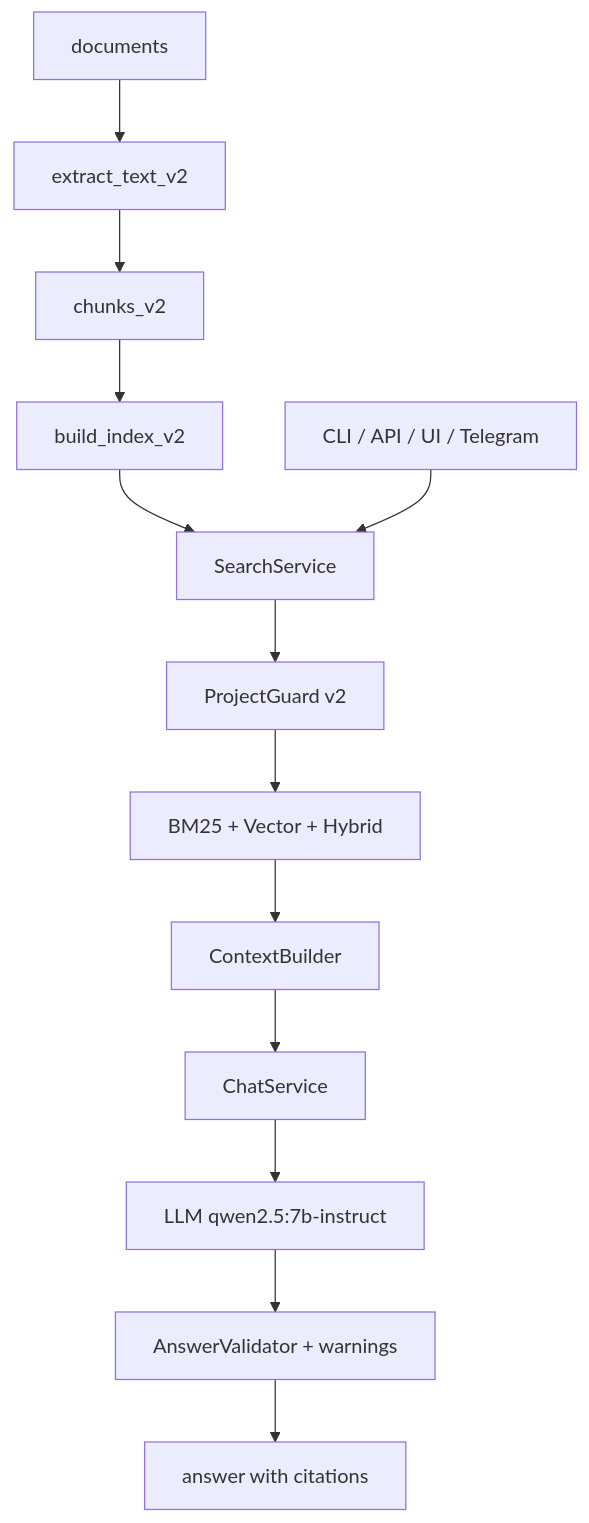
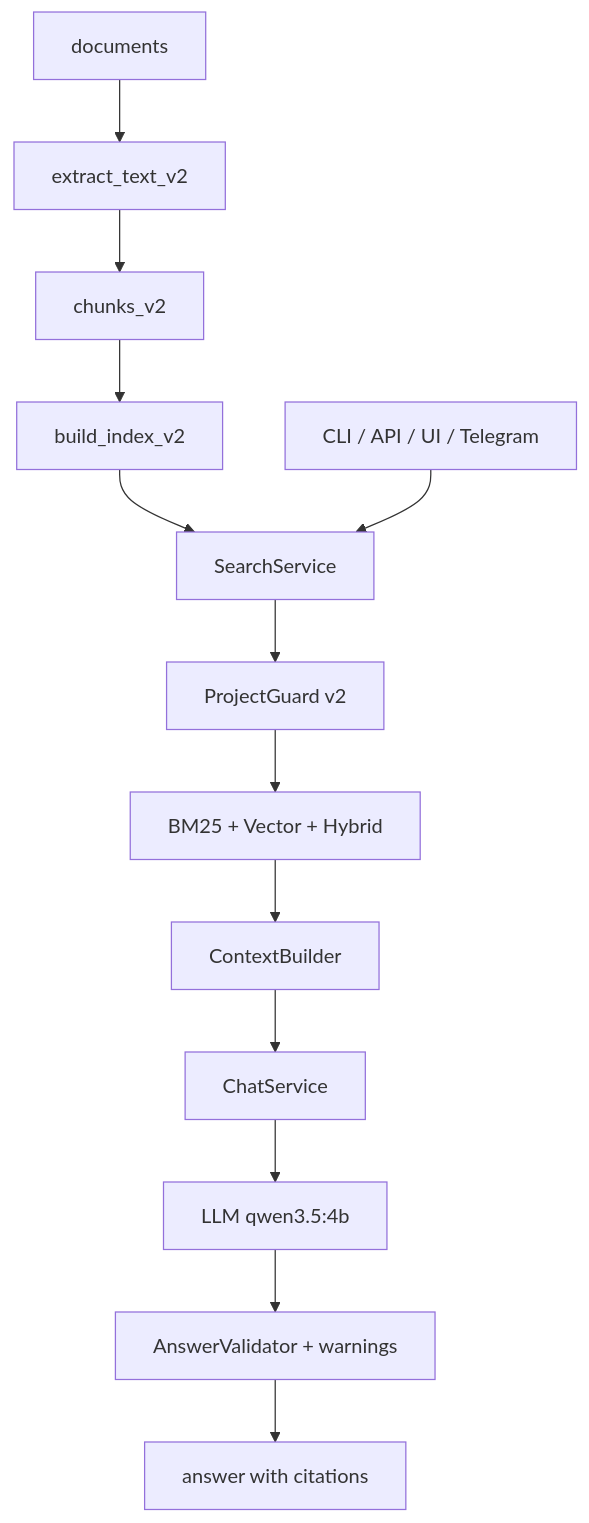
The third of 4 diagrams in docs/architecture/ARCHITECTURE.md (Anatoliy-Sysoev/MeetingAgent), drawn with Mermaid before and after one commit. The commit also changed 25 other files, not shown here.

````diff
--- a/docs/architecture/ARCHITECTURE.md
+++ b/docs/architecture/ARCHITECTURE.md
@@ -73,15 +73,15 @@
 ```mermaid
 flowchart TD
     A["documents"] --> B["extract_text_v2"]
     B --> C["chunks_v2"]
     C --> D["build_index_v2"]
     D --> E["SearchService"]
     U["CLI / API / UI / Telegram"] --> E
     E --> F["ProjectGuard v2"]
     F --> G["BM25 + Vector + Hybrid"]
     G --> H["ContextBuilder"]
     H --> I["ChatService"]
-    I --> J["LLM qwen2.5:7b-instruct"]
+    I --> J["LLM qwen3.5:4b"]
     J --> K["AnswerValidator + warnings"]
     K --> L["answer with citations"]
 ```
````
